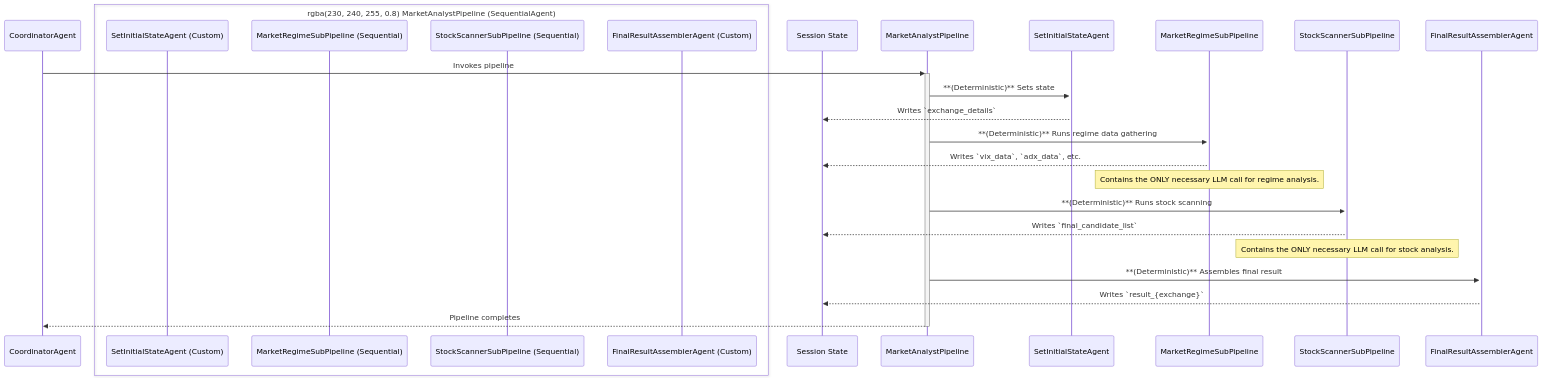
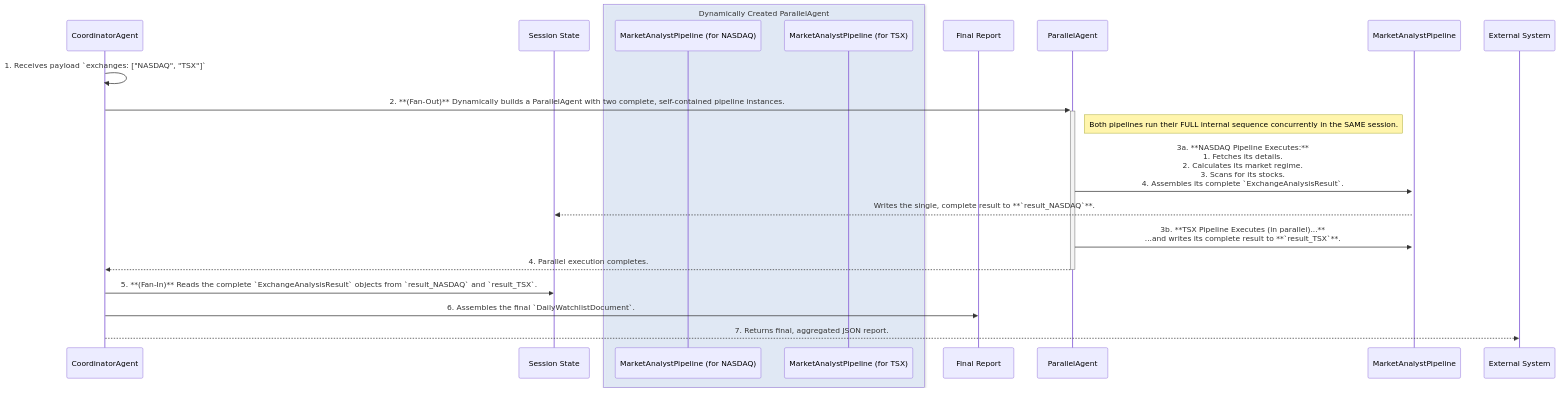
Before and after one commit to pierregrothe/trade-weaver: the diagram in docs/adrs/ADR-0013-Market-Analyst-Pipeline-Refactor.md, drawn with Mermaid. The commit also changed other lines of this file and 4 other files, not shown here.

First line of the commit message:
I have refactored the `market_analyst_agent` and its surrounding components, creating a more robust, efficient, and fully testable M2M workflow.

````diff
--- a/docs/adrs/ADR-0013-Market-Analyst-Pipeline-Refactor.md
+++ b/docs/adrs/ADR-0013-Market-Analyst-Pipeline-Refactor.md
@@ -33,29 +33,29 @@
 ```mermaid
 sequenceDiagram
     participant CoordinatorAgent
-    box rgba(230, 240, 255, 0.8) MarketAnalystPipeline (SequentialAgent)
-        participant SetInitialStateAgent (Custom)
-        participant MarketRegimeSubPipeline (Sequential)
-        participant StockScannerSubPipeline (Sequential)
-        participant FinalResultAssemblerAgent (Custom)
+    participant Session State
+    box rgba(230, 240, 255, 0.8) Dynamically Created ParallelAgent
+        participant MarketAnalystPipeline (for NASDAQ)
+        participant MarketAnalystPipeline (for TSX)
     end
-    participant Session State
+    participant Final Report
 
-    CoordinatorAgent->>+MarketAnalystPipeline: Invokes pipeline
+    CoordinatorAgent->>CoordinatorAgent: 1. Receives payload `exchanges: ["NASDAQ", "TSX"]`
 
-    MarketAnalystPipeline->>+SetInitialStateAgent: **(Deterministic)** Sets state
-    SetInitialStateAgent-->>Session State: Writes `exchange_details`
+    CoordinatorAgent->>+ParallelAgent: 2. **(Fan-Out)** Dynamically builds a ParallelAgent with two complete, self-contained pipeline instances.
 
-    MarketAnalystPipeline->>+MarketRegimeSubPipeline: **(Deterministic)** Runs regime data gathering
-    MarketRegimeSubPipeline-->>Session State: Writes `vix_data`, `adx_data`, etc.
-    Note over MarketRegimeSubPipeline: Contains the ONLY necessary LLM call for regime analysis.
+    Note right of ParallelAgent: Both pipelines run their FULL internal sequence concurrently in the SAME session.
 
-    MarketAnalystPipeline->>+StockScannerSubPipeline: **(Deterministic)** Runs stock scanning
-    StockScannerSubPipeline-->>Session State: Writes `final_candidate_list`
-    Note over StockScannerSubPipeline: Contains the ONLY necessary LLM call for stock analysis.
+    ParallelAgent->>+MarketAnalystPipeline: 3a. **NASDAQ Pipeline Executes:**<br/>1. Fetches its details.<br/>2. Calculates its market regime.<br/>3. Scans for its stocks.<br/>4. Assembles its complete `ExchangeAnalysisResult`.
+    MarketAnalystPipeline-->>Session State: Writes the single, complete result to **`result_NASDAQ`**.
 
-    MarketAnalystPipeline->>+FinalResultAssemblerAgent: **(Deterministic)** Assembles final result
-    FinalResultAssemblerAgent-->>Session State: Writes `result_{exchange}`
+    ParallelAgent->>+MarketAnalystPipeline: 3b. **TSX Pipeline Executes (in parallel)...**<br/>...and writes its complete result to **`result_TSX`**.
 
-    MarketAnalystPipeline-->>-CoordinatorAgent: Pipeline completes
+    ParallelAgent-->>-CoordinatorAgent: 4. Parallel execution completes.
+
+    CoordinatorAgent->>Session State: 5. **(Fan-In)** Reads the complete `ExchangeAnalysisResult` objects from `result_NASDAQ` and `result_TSX`.
+
+    CoordinatorAgent->>Final Report: 6. Assembles the final `DailyWatchlistDocument`.
+
+    CoordinatorAgent-->>External System: 7. Returns final, aggregated JSON report.
 ```
````
